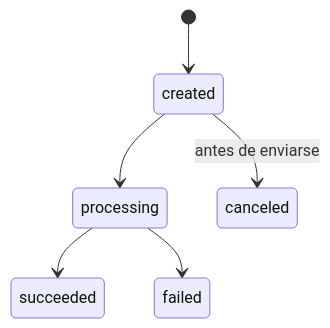
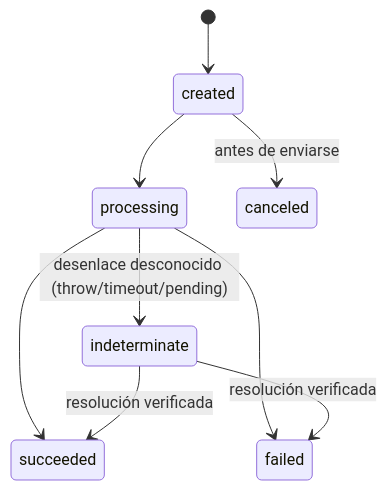
One commit to celestinojbm/Fluvia changed the third of 3 diagrams in docs/architecture/payment-state-machines.md. Above: the diagram before and after it, drawn with Mermaid. The commit also changed other lines of this file and 25 other files, not shown here.

````diff
--- a/docs/architecture/payment-state-machines.md
+++ b/docs/architecture/payment-state-machines.md
@@ -68,8 +68,11 @@
 ```mermaid
 stateDiagram-v2
     [*] --> created
     created --> processing
     created --> canceled : antes de enviarse
     processing --> succeeded
     processing --> failed
+    processing --> indeterminate : desenlace desconocido (throw/timeout/pending)
+    indeterminate --> succeeded : resolución verificada
+    indeterminate --> failed : resolución verificada
 ```
````
